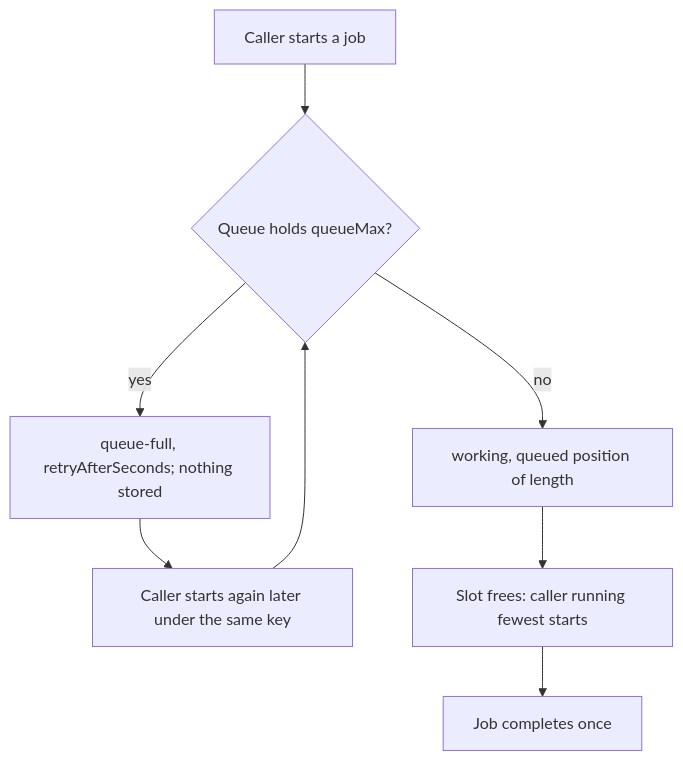
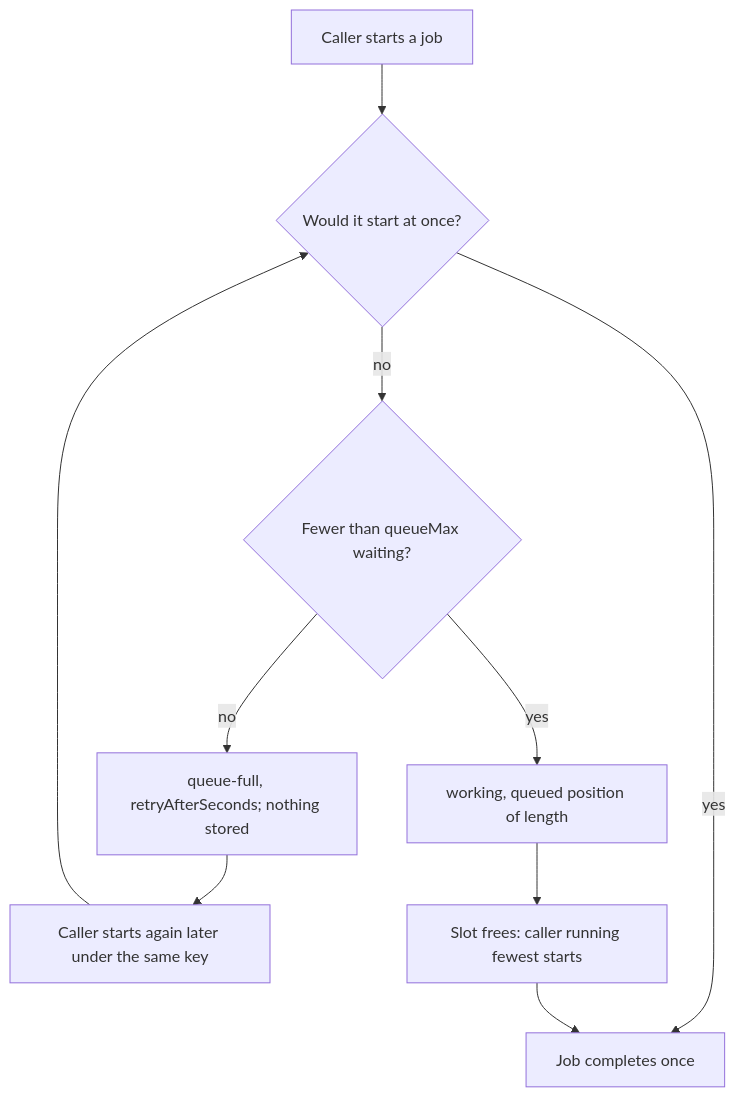
One commit to passioncode-ai/fabric-agent-contract changed diagram 23 of 24 in docs/ux/flows.md. Above: the diagram before and after it, drawn with Mermaid. The commit also changed other lines of this file and 13 other files, not shown here.

````diff
--- a/docs/ux/flows.md
+++ b/docs/ux/flows.md
@@ -568,10 +568,12 @@
 ```mermaid
 flowchart TD
-  C[Caller starts a job] --> Q{Queue holds queueMax?}
-  Q -->|yes| F[queue-full, retryAfterSeconds; nothing stored]
+  C[Caller starts a job] --> N{Would it start at once?}
+  N -->|yes| D
+  N -->|no| Q{Fewer than queueMax waiting?}
+  Q -->|no| F[queue-full, retryAfterSeconds; nothing stored]
   F --> W[Caller starts again later under the same key]
-  W --> Q
-  Q -->|no| P[working, queued position of length]
+  W --> N
+  Q -->|yes| P[working, queued position of length]
   P --> S[Slot frees: caller running fewest starts]
   S --> D[Job completes once]
 ```
````
